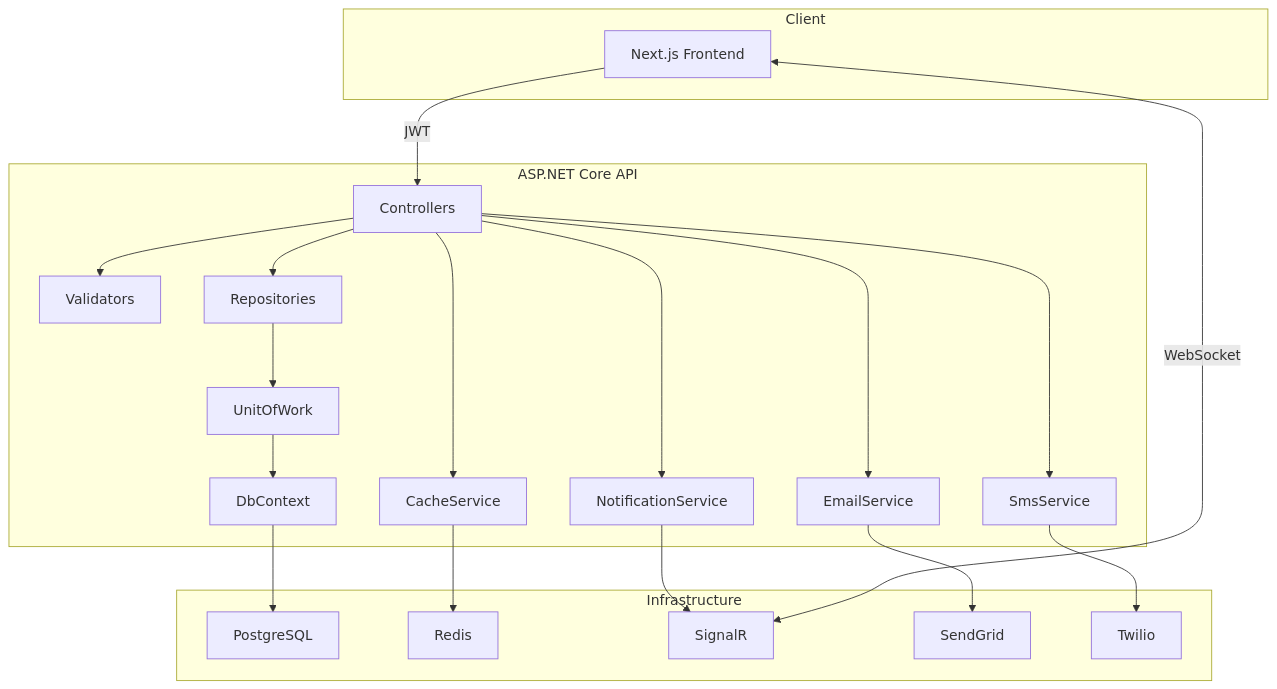
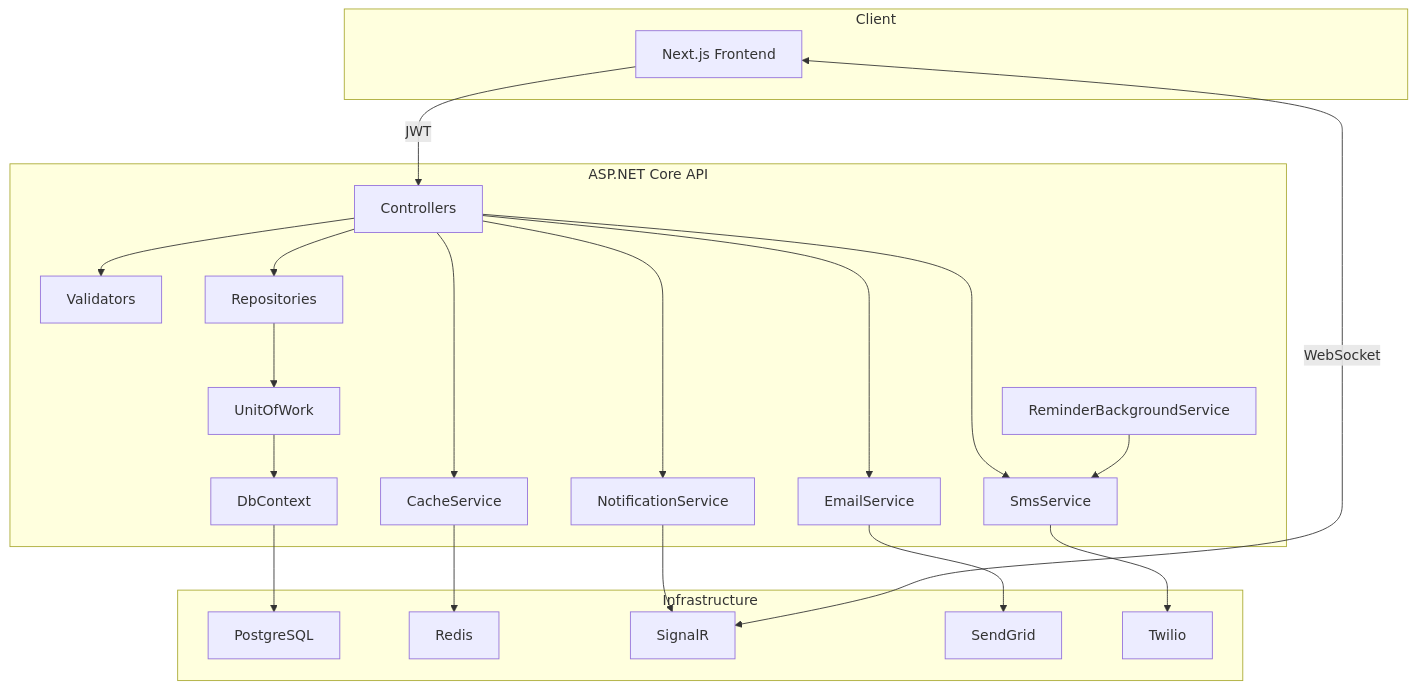
The diagram in readme.md (ceyhun64/reservation), drawn with Mermaid before and after one commit. The commit also changed other lines of this file, not shown here.

````diff
--- a/readme.md
+++ b/readme.md
@@ -36,28 +38,29 @@
 ```mermaid
 flowchart TB
     subgraph Client
       Web[Next.js Frontend]
     end
 
     subgraph API["ASP.NET Core API"]
       Controllers --> Validators
       Controllers --> Repositories
       Repositories --> UnitOfWork
       UnitOfWork --> DbContext
       Controllers --> CacheService
       Controllers --> NotificationService
       Controllers --> EmailService
       Controllers --> SmsService
+      ReminderBg[ReminderBackgroundService] --> SmsService
     end
 
     subgraph Infrastructure
       DbContext --> PostgreSQL
       CacheService --> Redis
       NotificationService --> SignalR
       EmailService --> SendGrid
       SmsService --> Twilio
     end
 
     Web -->|JWT| Controllers
     Web <-->|WebSocket| SignalR
 ```
````
